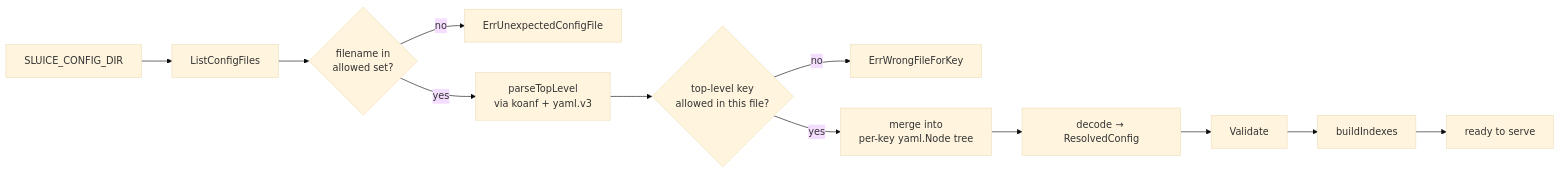
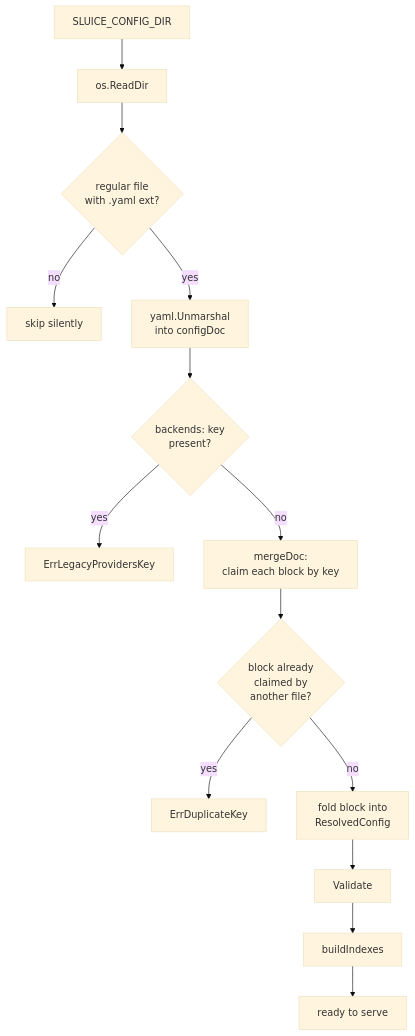
One commit to andyjmorgan/slipspace-gateway changed the first of 2 diagrams in docs/configuration-model.md. Above: the diagram before and after it, drawn with Mermaid (base theme). The commit also changed other lines of this file and 27 other files, not shown here.

````diff
--- a/docs/configuration-model.md
+++ b/docs/configuration-model.md
@@ -44,14 +53,16 @@
 ```mermaid
-flowchart LR
-    A[SLUICE_CONFIG_DIR] --> B[ListConfigFiles]
-    B --> C{filename in<br/>allowed set?}
-    C -- no --> X[ErrUnexpectedConfigFile]
-    C -- yes --> D[parseTopLevel<br/>via koanf + yaml.v3]
-    D --> E{top-level key<br/>allowed in this file?}
-    E -- no --> Y[ErrWrongFileForKey]
-    E -- yes --> F[merge into<br/>per-key yaml.Node tree]
-    F --> G[decode → ResolvedConfig]
+flowchart TB
+    A[SLUICE_CONFIG_DIR] --> B[os.ReadDir]
+    B --> C{regular file<br/>with .yaml ext?}
+    C -- no --> S[skip silently]
+    C -- yes --> D[yaml.Unmarshal<br/>into configDoc]
+    D --> L{backends: key<br/>present?}
+    L -- yes --> X[ErrLegacyProvidersKey]
+    L -- no --> E[mergeDoc:<br/>claim each block by key]
+    E --> F{block already<br/>claimed by<br/>another file?}
+    F -- yes --> Y[ErrDuplicateKey]
+    F -- no --> G[fold block into<br/>ResolvedConfig]
     G --> H[Validate]
     H --> I[buildIndexes]
     I --> J[ready to serve]
 ```
````
